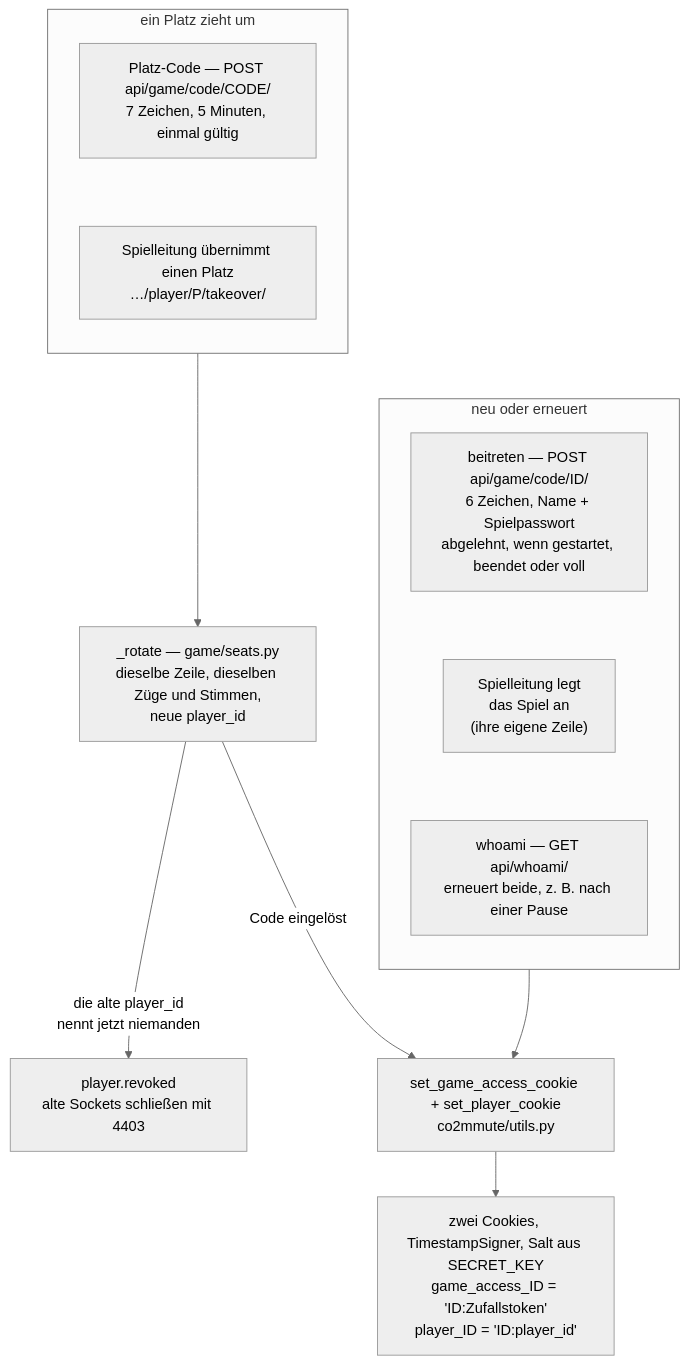
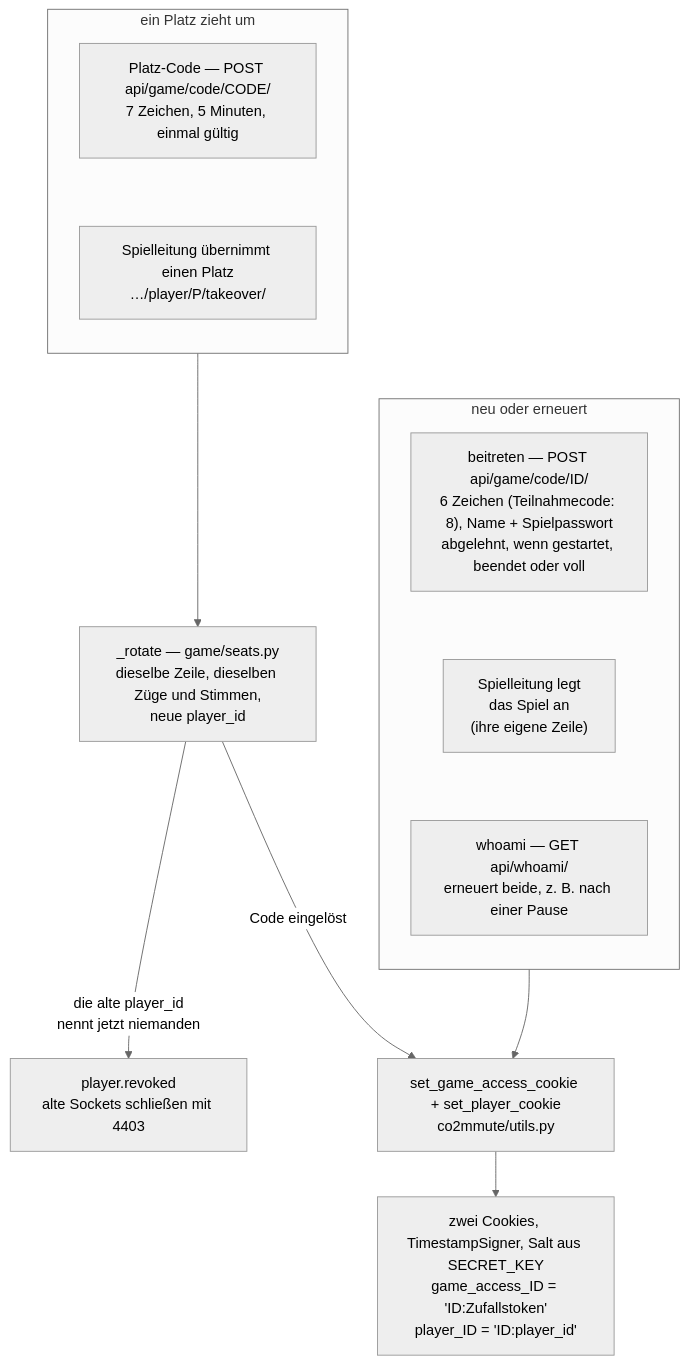
One commit to luke-hirsch/co2mmute changed the third of 12 diagrams in docs/de-flowcharts.md. Above: the diagram before and after it, drawn with Mermaid (neutral theme). The commit also changed 5 other files, not shown here.

Commit message:
teilnahmecode: e2e für karte, zweimal, zwei spiele, keins; agents.md, flowcharts, testfälle

````diff
--- a/docs/de-flowcharts.md
+++ b/docs/de-flowcharts.md
@@ -115,25 +115,25 @@
 ```mermaid
 flowchart TD
     subgraph move["ein Platz zieht um"]
         direction TB
         code["Platz-Code — POST api/game/code/CODE/<br>7 Zeichen, 5 Minuten, einmal gültig"]
         takeover["Spielleitung übernimmt einen Platz<br>…/player/P/takeover/"]
         code ~~~ takeover
     end
     subgraph fresh["neu oder erneuert"]
         direction TB
-        join["beitreten — POST api/game/code/ID/<br>6 Zeichen, Name + Spielpasswort<br>abgelehnt, wenn gestartet, beendet oder voll"]
+        join["beitreten — POST api/game/code/ID/<br>6 Zeichen (Teilnahmecode: 8), Name + Spielpasswort<br>abgelehnt, wenn gestartet, beendet oder voll"]
         create["Spielleitung legt<br>das Spiel an<br>(ihre eigene Zeile)"]
         whoami["whoami — GET api/whoami/<br>erneuert beide, z. B. nach einer Pause"]
         join ~~~ create ~~~ whoami
     end
 
     move --> rotate
     rotate["_rotate — game/seats.py<br>dieselbe Zeile, dieselben Züge und Stimmen,<br>neue player_id"]
     rotate -->|"die alte player_id<br>nennt jetzt niemanden"| revoked["player.revoked<br>alte Sockets schließen mit 4403"]
     rotate -->|"Code eingelöst"| mint
     fresh --> mint
 
     mint["set_game_access_cookie + set_player_cookie<br>co2mmute/utils.py"]
     mint --> cookies["zwei Cookies, TimestampSigner, Salt aus SECRET_KEY<br>game_access_ID = 'ID:Zufallstoken'<br>player_ID = 'ID:player_id'"]
 ```
````
